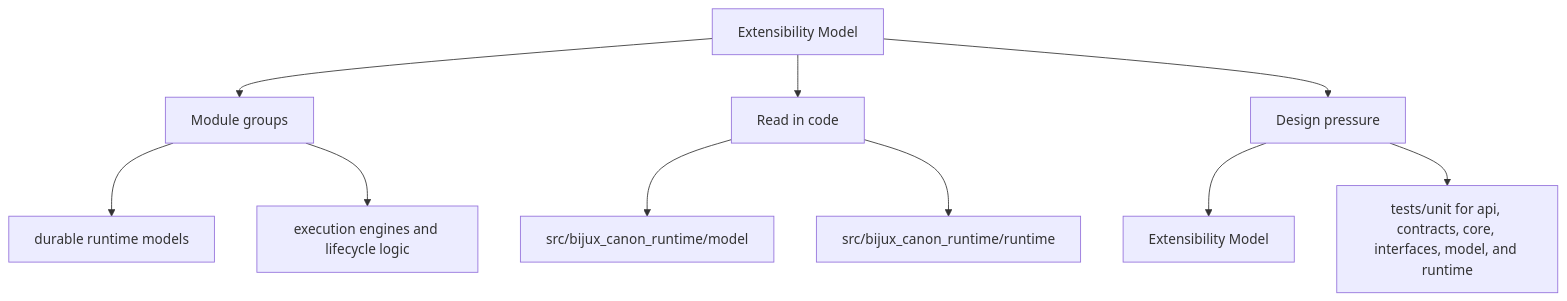
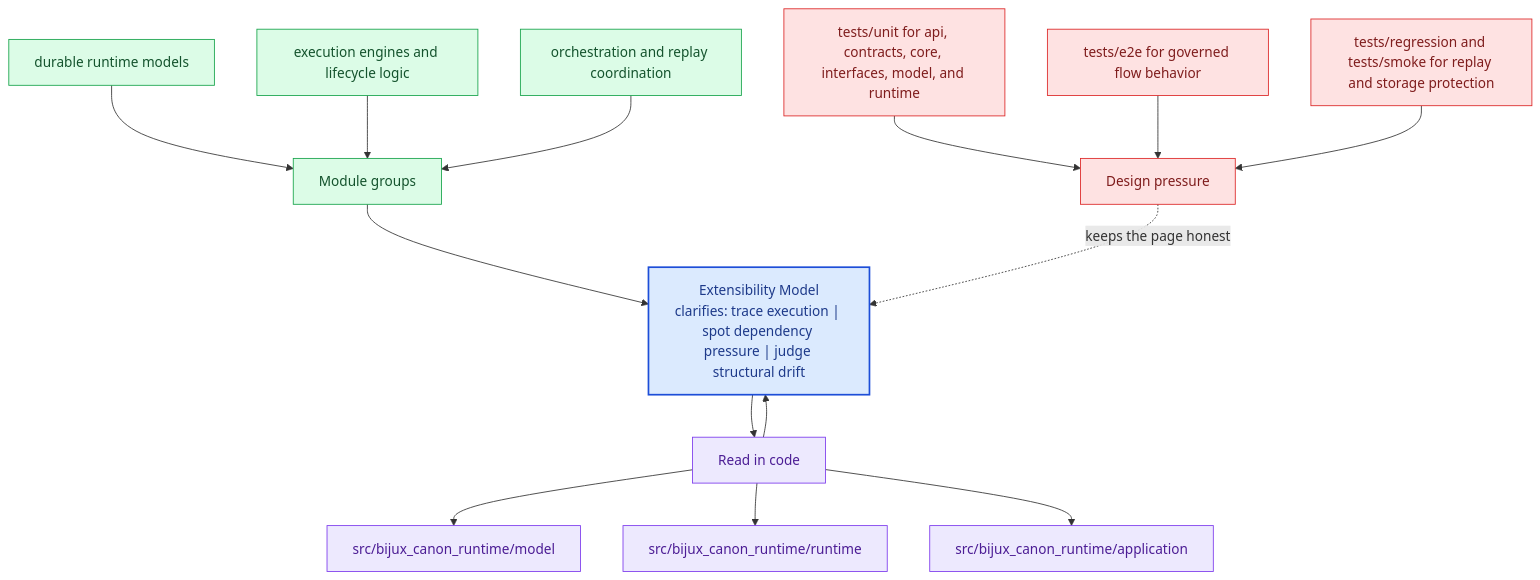
Before and after one commit to bijux/bijux-canon: the second of 2 diagrams in docs/bijux-canon-runtime/architecture/extensibility-model.md, drawn with Mermaid. The commit also changed other lines of this file and 281 other files, not shown here.

Commit message:
docs(diagrams): deepen handbook mermaid maps across the catalog

````diff
--- a/docs/bijux-canon-runtime/architecture/extensibility-model.md
+++ b/docs/bijux-canon-runtime/architecture/extensibility-model.md
@@ -34,22 +67,40 @@
 ```mermaid
-flowchart TD
-    page["Extensibility Model"]
+flowchart TB
+    promise["Extensibility Model<br/>clarifies: trace execution | spot dependency pressure | judge structural drift"]
+    classDef promise fill:#dbeafe,stroke:#1d4ed8,color:#1e3a8a,stroke-width:2px;
+    classDef driver fill:#dcfce7,stroke:#16a34a,color:#14532d;
+    classDef constraint fill:#fee2e2,stroke:#dc2626,color:#7f1d1d;
+    classDef ground fill:#ede9fe,stroke:#7c3aed,color:#4c1d95;
     focus1["Module groups"]
-    page --> focus1
+    focus1 --> promise
     focus1_1["durable runtime models"]
-    focus1 --> focus1_1
+    focus1_1 --> focus1
     focus1_2["execution engines and lifecycle logic"]
-    focus1 --> focus1_2
+    focus1_2 --> focus1
+    focus1_3["orchestration and replay coordination"]
+    focus1_3 --> focus1
+    class focus1 driver;
+    class focus1_1,focus1_2,focus1_3 driver;
     focus2["Read in code"]
-    page --> focus2
+    focus2 --> promise
+    promise --> focus2
     focus2_1["src/bijux_canon_runtime/model"]
     focus2 --> focus2_1
     focus2_2["src/bijux_canon_runtime/runtime"]
     focus2 --> focus2_2
+    focus2_3["src/bijux_canon_runtime/application"]
+    focus2 --> focus2_3
+    class focus2 ground;
+    class focus2_1,focus2_2,focus2_3 ground;
     focus3["Design pressure"]
-    page --> focus3
-    focus3_1["Extensibility Model"]
-    focus3 --> focus3_1
-    focus3_2["tests/unit for api, contracts, core, interfaces, model, and runtime"]
-    focus3 --> focus3_2
+    focus3 -.keeps the page honest.-> promise
+    focus3_1["tests/unit for api, contracts, core, interfaces, model, and runtime"]
+    focus3_1 --> focus3
+    focus3_2["tests/e2e for governed flow behavior"]
+    focus3_2 --> focus3
+    focus3_3["tests/regression and tests/smoke for replay and storage protection"]
+    focus3_3 --> focus3
+    class focus3 constraint;
+    class focus3_1,focus3_2,focus3_3 constraint;
+    class promise promise;
 ```
````
